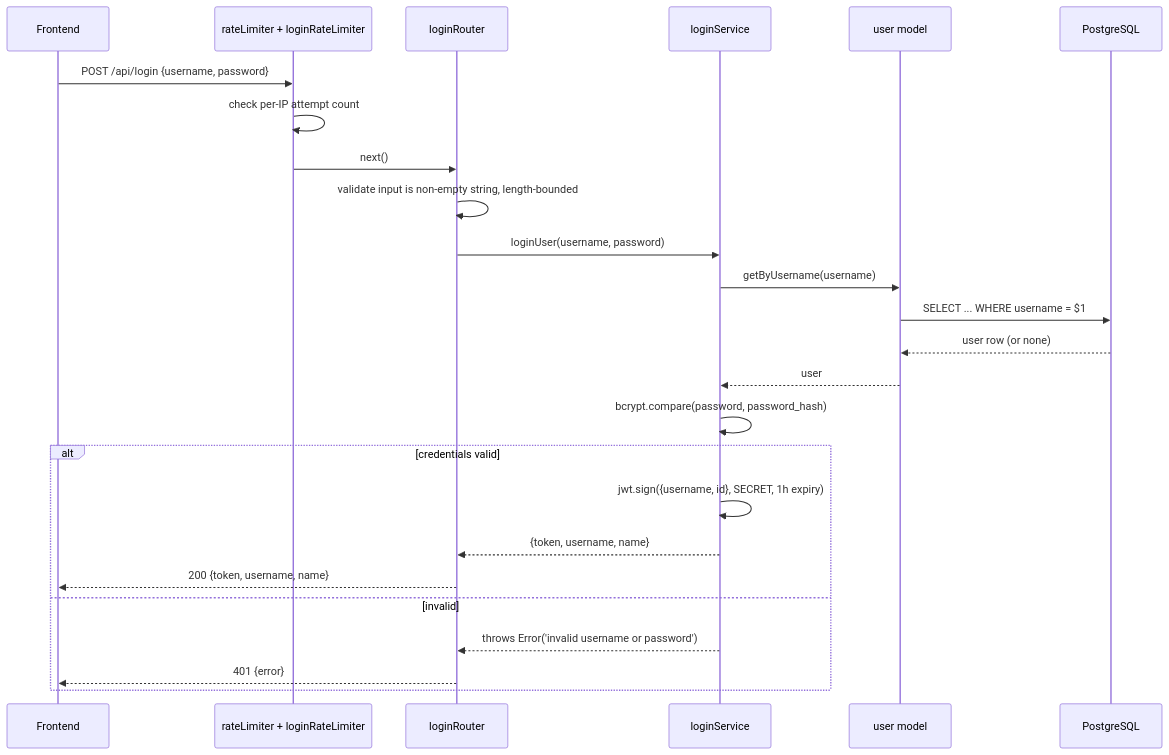
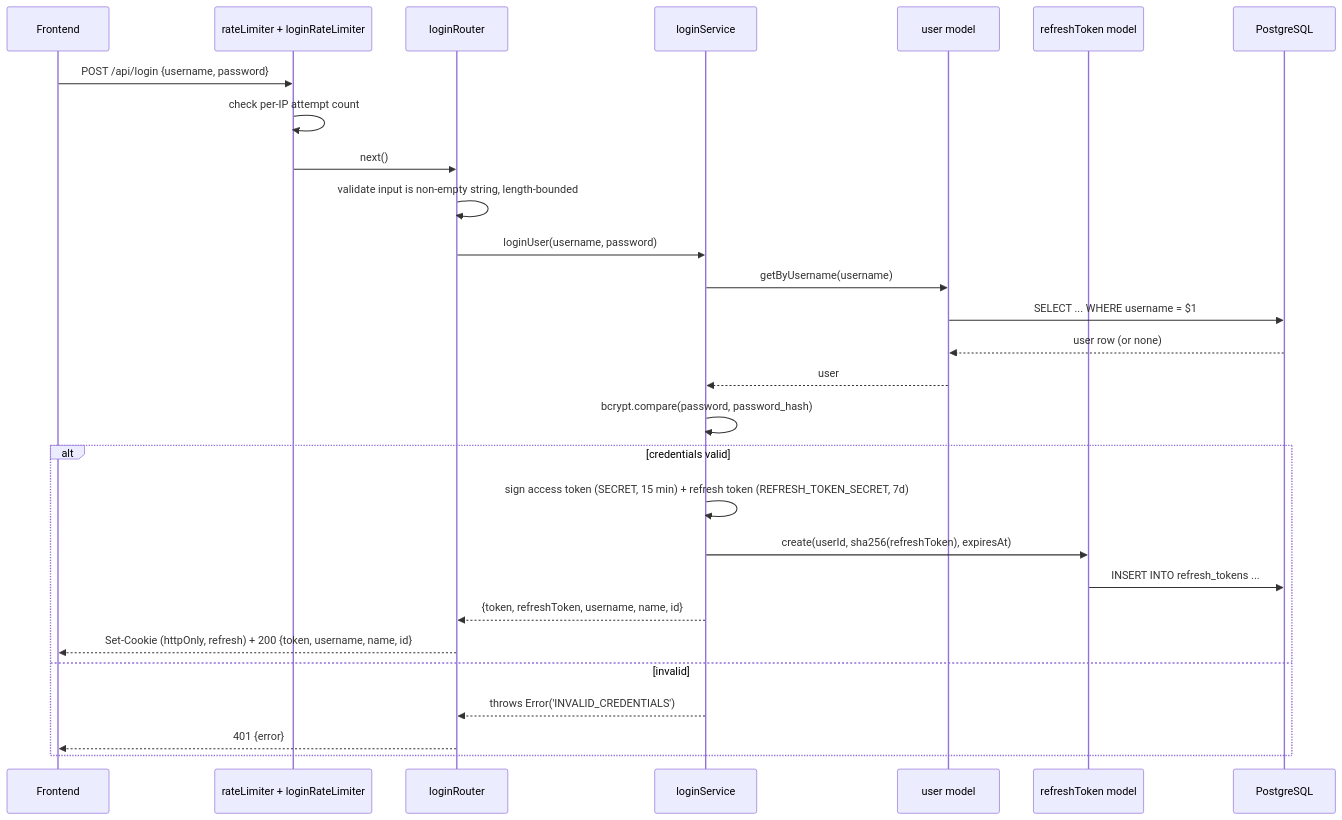
One commit to vsvala/KnowWine-AI changed the fifth of 8 diagrams in back/README.md. Above: the diagram before and after it, drawn with Mermaid. The commit also changed other lines of this file, not shown here.

Commit message:
docs(back): document the refresh-token flow and its multi-tab edge case

````diff
--- a/back/README.md
+++ b/back/README.md
@@ -289,28 +303,31 @@
 ```mermaid
 sequenceDiagram
     participant FE as Frontend
     participant MW as rateLimiter + loginRateLimiter
     participant LC as loginRouter
     participant LS as loginService
     participant UM as user model
+    participant RT as refreshToken model
     participant DB as PostgreSQL
 
     FE->>MW: POST /api/login {username, password}
     MW->>MW: check per-IP attempt count
     MW->>LC: next()
     LC->>LC: validate input is non-empty string, length-bounded
     LC->>LS: loginUser(username, password)
     LS->>UM: getByUsername(username)
     UM->>DB: SELECT ... WHERE username = $1
     DB-->>UM: user row (or none)
     UM-->>LS: user
     LS->>LS: bcrypt.compare(password, password_hash)
     alt credentials valid
-        LS->>LS: jwt.sign({username, id}, SECRET, 1h expiry)
-        LS-->>LC: {token, username, name}
-        LC-->>FE: 200 {token, username, name}
+        LS->>LS: sign access token (SECRET, 15 min) + refresh token (REFRESH_TOKEN_SECRET, 7d)
+        LS->>RT: create(userId, sha256(refreshToken), expiresAt)
+        RT->>DB: INSERT INTO refresh_tokens ...
+        LS-->>LC: {token, refreshToken, username, name, id}
+        LC-->>FE: Set-Cookie (httpOnly, refresh) + 200 {token, username, name, id}
     else invalid
-        LS-->>LC: throws Error('invalid username or password')
+        LS-->>LC: throws Error('INVALID_CREDENTIALS')
         LC-->>FE: 401 {error}
     end
 ```
````
